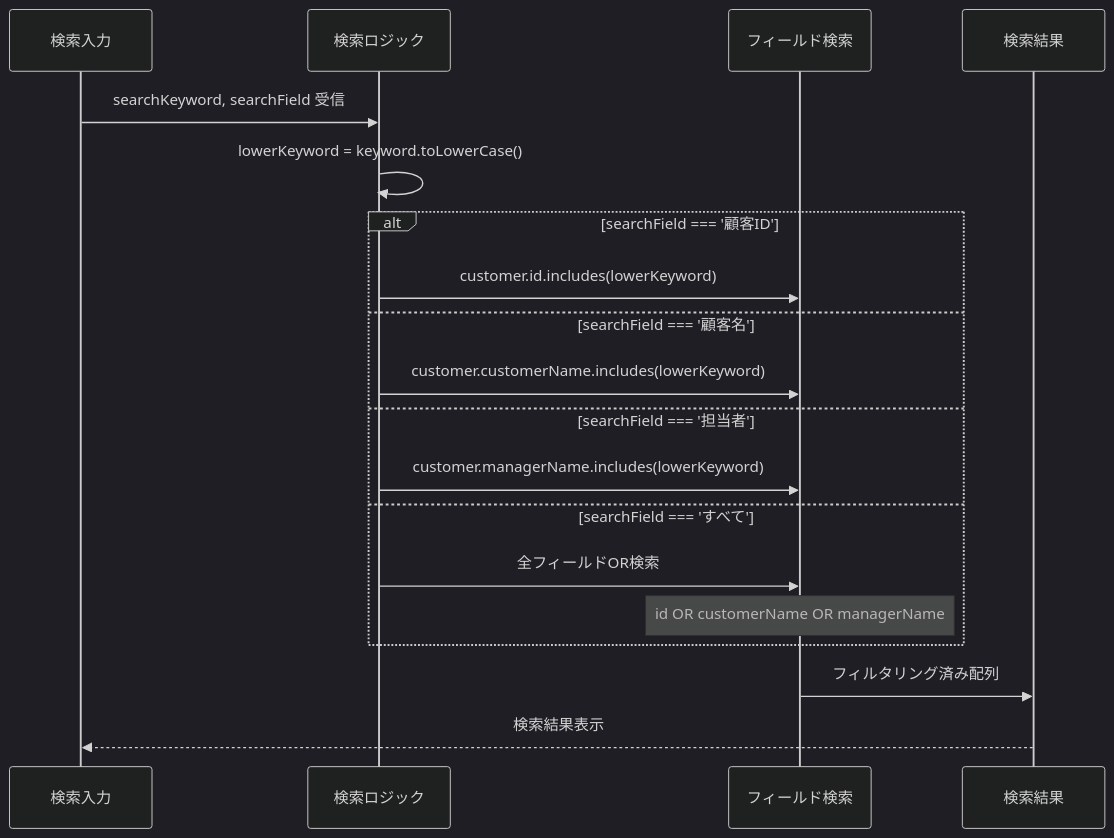
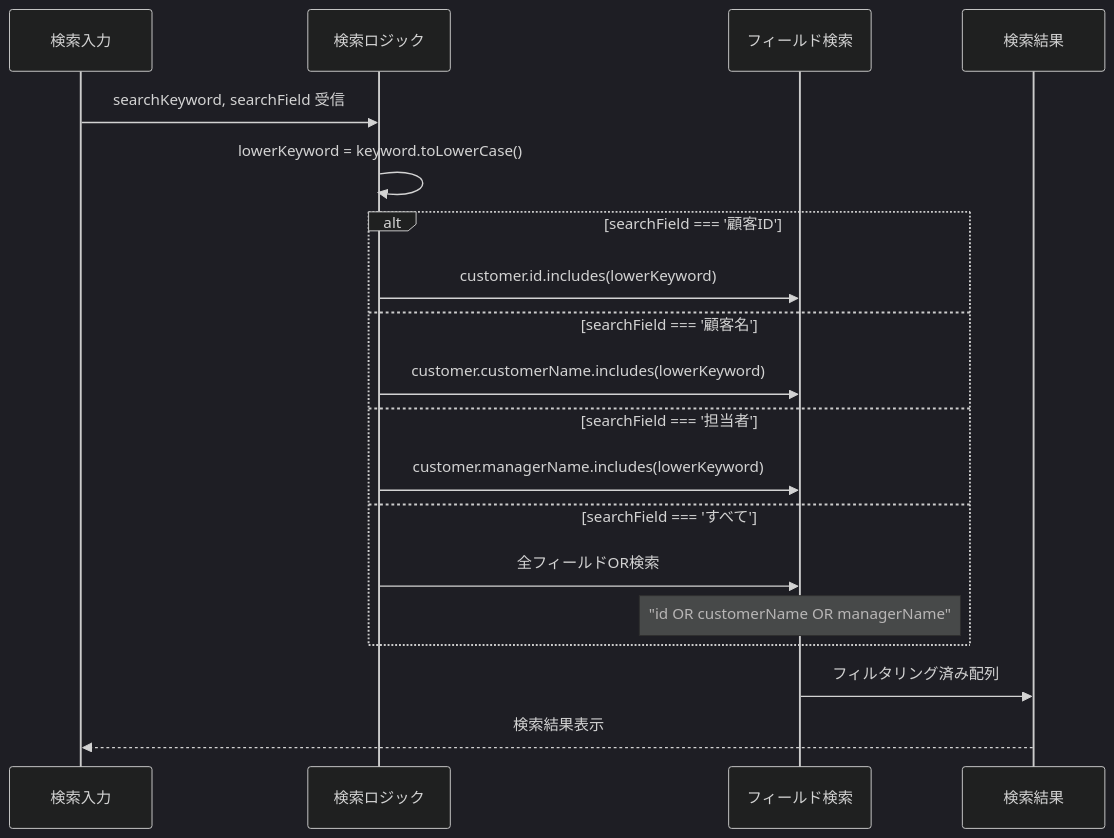
Before and after one commit to wasabi49/ocs-systemDevelopmentExercises: the eighth of 11 diagrams in document/components/sequence/CustomerListClient.md, drawn with Mermaid (dark theme). The commit also changed other lines of this file and 42 other files, not shown here.

First line of the commit message:
fix: mermaidシーケンス図のNote over文でダブルクォーテーション不足を修正

````diff
--- a/document/components/sequence/CustomerListClient.md
+++ b/document/components/sequence/CustomerListClient.md
@@ -184,24 +184,24 @@
 ```mermaid
 sequenceDiagram
     participant Input as 検索入力
     participant Logic as 検索ロジック
     participant Fields as フィールド検索
     participant Result as 検索結果
 
     Input->>Logic: searchKeyword, searchField 受信
     Logic->>Logic: lowerKeyword = keyword.toLowerCase()
     
     alt searchField === '顧客ID'
         Logic->>Fields: customer.id.includes(lowerKeyword)
     else searchField === '顧客名'
         Logic->>Fields: customer.customerName.includes(lowerKeyword)
     else searchField === '担当者'
         Logic->>Fields: customer.managerName.includes(lowerKeyword)
     else searchField === 'すべて'
         Logic->>Fields: 全フィールドOR検索
-        Note over Fields: id OR customerName OR managerName
+        Note over Fields: "id OR customerName OR managerName"
     end
     
     Fields->>Result: フィルタリング済み配列
     Result-->>Input: 検索結果表示
 ```
````
